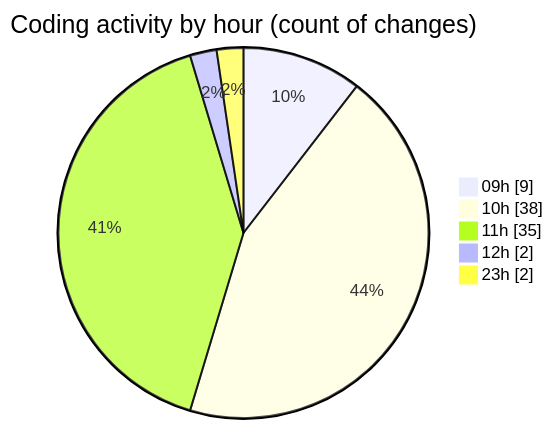
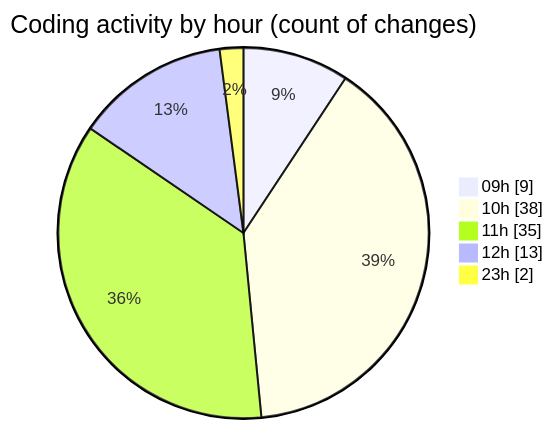
Before and after one commit to Elitesun/code-tracking: the second of 2 diagrams in 2025-05-19/niten/README.md, drawn with Mermaid. The commit also changed other lines of this file and 1 other file, not shown here.

````diff
--- a/2025-05-19/niten/README.md
+++ b/2025-05-19/niten/README.md
@@ -54,9 +55,9 @@
 ```mermaid
 pie showData
 title Coding activity by hour (count of changes)
 "09h" : 9
 "10h" : 38
 "11h" : 35
-"12h" : 2
+"12h" : 13
 "23h" : 2
 ```
````
